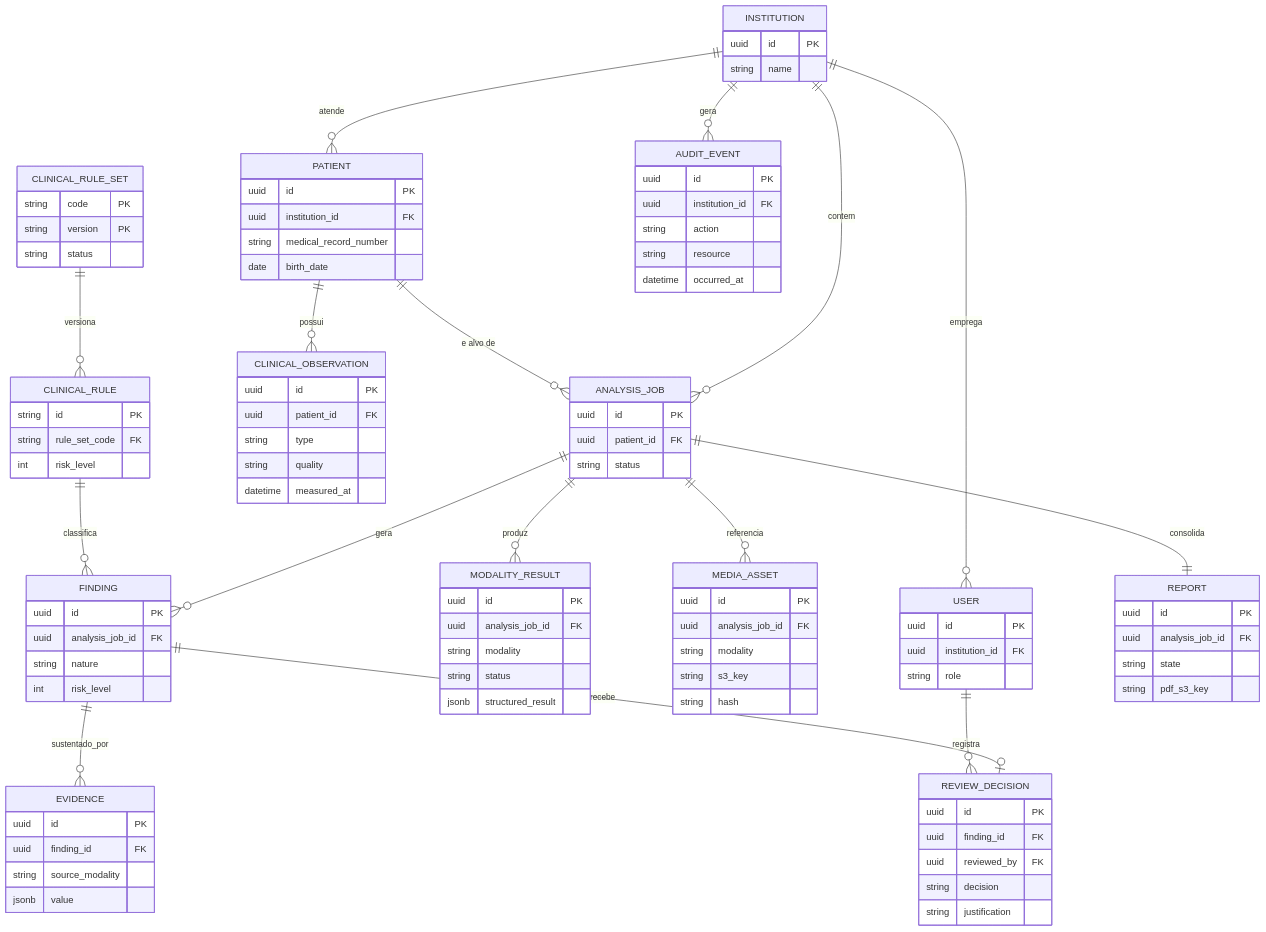
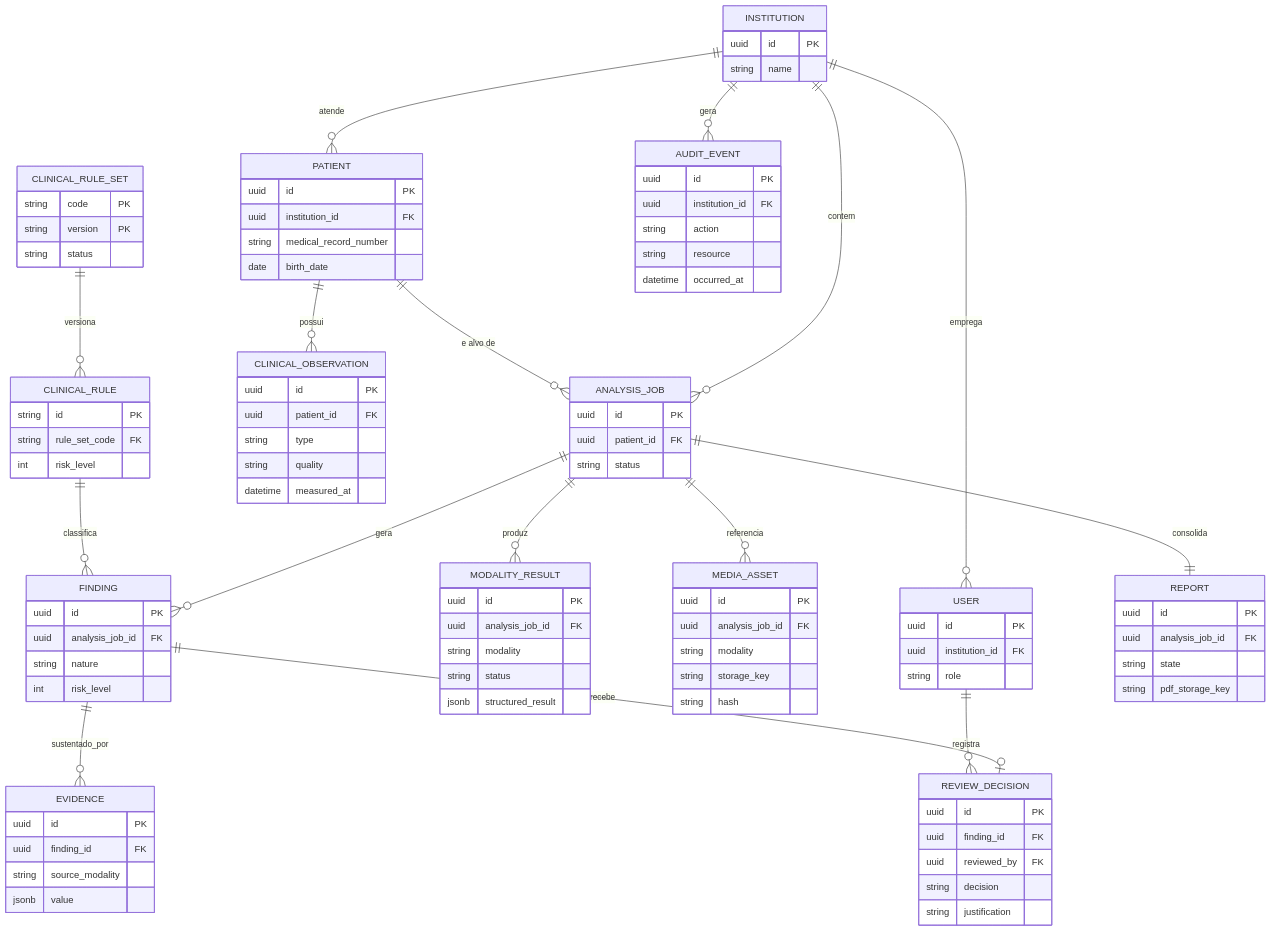
One commit to marcosvrc/sentinela-multimodal changed the diagram in docs/architecture/08-er-dados.mmd. Above: the diagram before and after it, drawn with Mermaid. The commit also changed 155 other files, not shown here.

```diff
--- a/docs/architecture/08-er-dados.mmd
+++ b/docs/architecture/08-er-dados.mmd
@@ -1,101 +1,101 @@
 %% Diagrama Entidade-Relacionamento (visao inicial do scaffold)
 erDiagram
     INSTITUTION ||--o{ USER : emprega
     INSTITUTION ||--o{ PATIENT : atende
     INSTITUTION ||--o{ ANALYSIS_JOB : contem
     PATIENT ||--o{ CLINICAL_OBSERVATION : possui
     PATIENT ||--o{ ANALYSIS_JOB : "e alvo de"
     ANALYSIS_JOB ||--o{ MODALITY_RESULT : produz
     ANALYSIS_JOB ||--o{ MEDIA_ASSET : referencia
     ANALYSIS_JOB ||--o{ FINDING : gera
     ANALYSIS_JOB ||--|| REPORT : consolida
     FINDING ||--o{ EVIDENCE : sustentado_por
     FINDING ||--o| REVIEW_DECISION : recebe
     CLINICAL_RULE_SET ||--o{ CLINICAL_RULE : versiona
     CLINICAL_RULE ||--o{ FINDING : classifica
     USER ||--o{ REVIEW_DECISION : registra
     INSTITUTION ||--o{ AUDIT_EVENT : gera
 
     INSTITUTION {
         uuid id PK
         string name
     }
     USER {
         uuid id PK
         uuid institution_id FK
         string role
     }
     PATIENT {
         uuid id PK
         uuid institution_id FK
         string medical_record_number
         date birth_date
     }
     CLINICAL_OBSERVATION {
         uuid id PK
         uuid patient_id FK
         string type
         string quality
         datetime measured_at
     }
     ANALYSIS_JOB {
         uuid id PK
         uuid patient_id FK
         string status
     }
     MEDIA_ASSET {
         uuid id PK
         uuid analysis_job_id FK
         string modality
-        string s3_key
+        string storage_key
         string hash
     }
     MODALITY_RESULT {
         uuid id PK
         uuid analysis_job_id FK
         string modality
         string status
         jsonb structured_result
     }
     FINDING {
         uuid id PK
         uuid analysis_job_id FK
         string nature
         int risk_level
     }
     EVIDENCE {
         uuid id PK
         uuid finding_id FK
         string source_modality
         jsonb value
     }
     REVIEW_DECISION {
         uuid id PK
         uuid finding_id FK
         uuid reviewed_by FK
         string decision
         string justification
     }
     REPORT {
         uuid id PK
         uuid analysis_job_id FK
         string state
-        string pdf_s3_key
+        string pdf_storage_key
     }
     CLINICAL_RULE_SET {
         string code PK
         string version PK
         string status
     }
     CLINICAL_RULE {
         string id PK
         string rule_set_code FK
         int risk_level
     }
     AUDIT_EVENT {
         uuid id PK
         uuid institution_id FK
         string action
         string resource
         datetime occurred_at
     }
```
